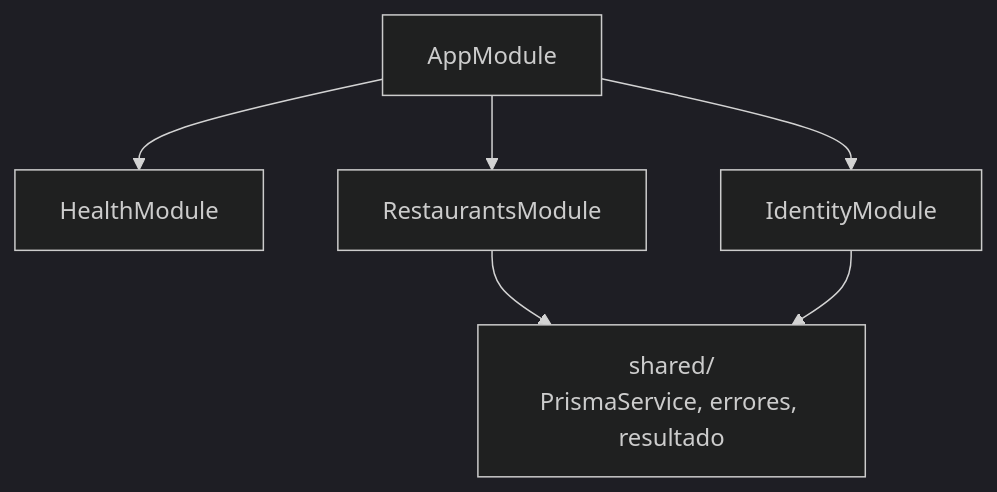
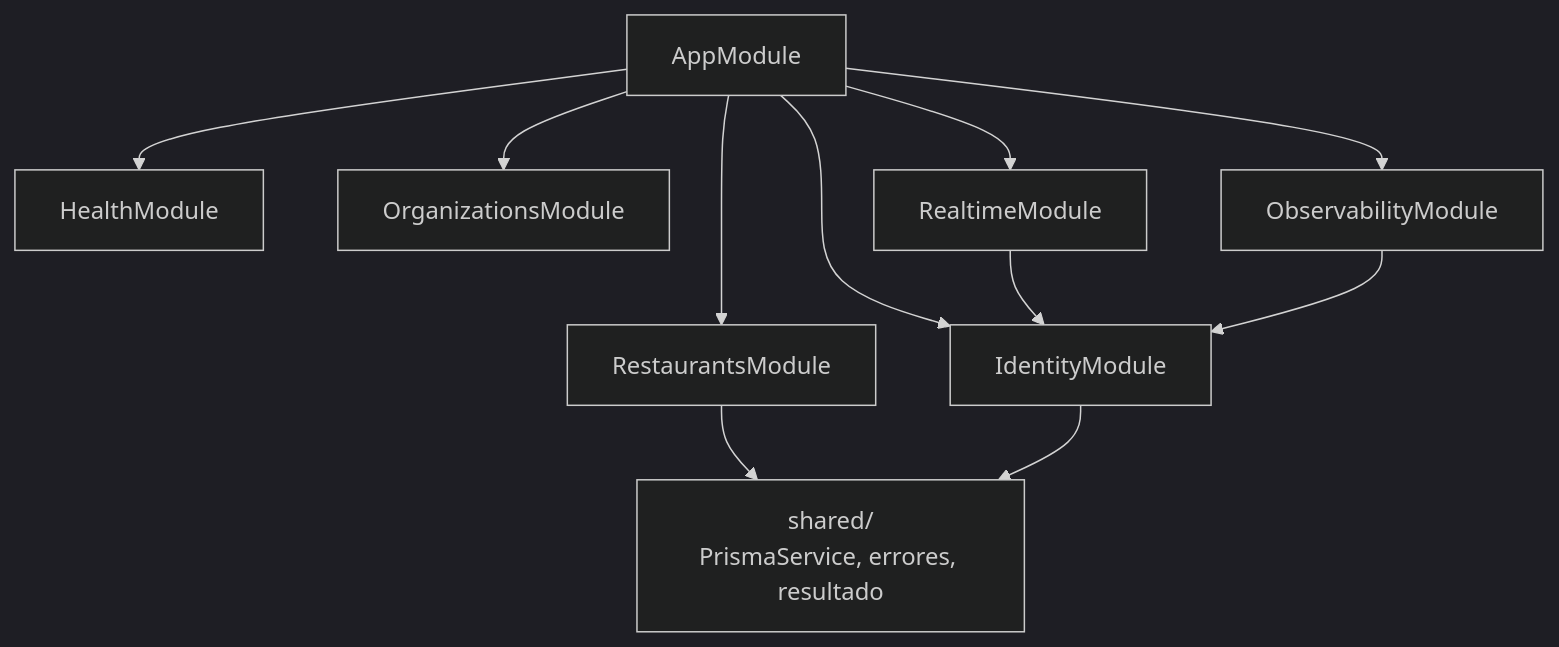
One commit to Programito/fullstack-architecture-lab changed the third of 7 diagrams in backend/docs/architecture.md. Above: the diagram before and after it, drawn with Mermaid (dark theme). The commit also changed other lines of this file and 29 other files, not shown here.

````diff
--- a/backend/docs/architecture.md
+++ b/backend/docs/architecture.md
@@ -80,14 +80,22 @@
 ```mermaid
 flowchart TB
   App["AppModule"]
   Health["HealthModule"]
   Identity["IdentityModule"]
   Restaurants["RestaurantsModule"]
+  Organizations["OrganizationsModule"]
+  Observability["ObservabilityModule"]
+  Realtime["RealtimeModule"]
   Shared["shared/\nPrismaService, errores, resultado"]
 
   App --> Health
   App --> Identity
   App --> Restaurants
+  App --> Organizations
+  App --> Observability
+  App --> Realtime
   Restaurants --> Shared
   Identity --> Shared
+  Realtime --> Identity
+  Observability --> Identity
 ```
````
